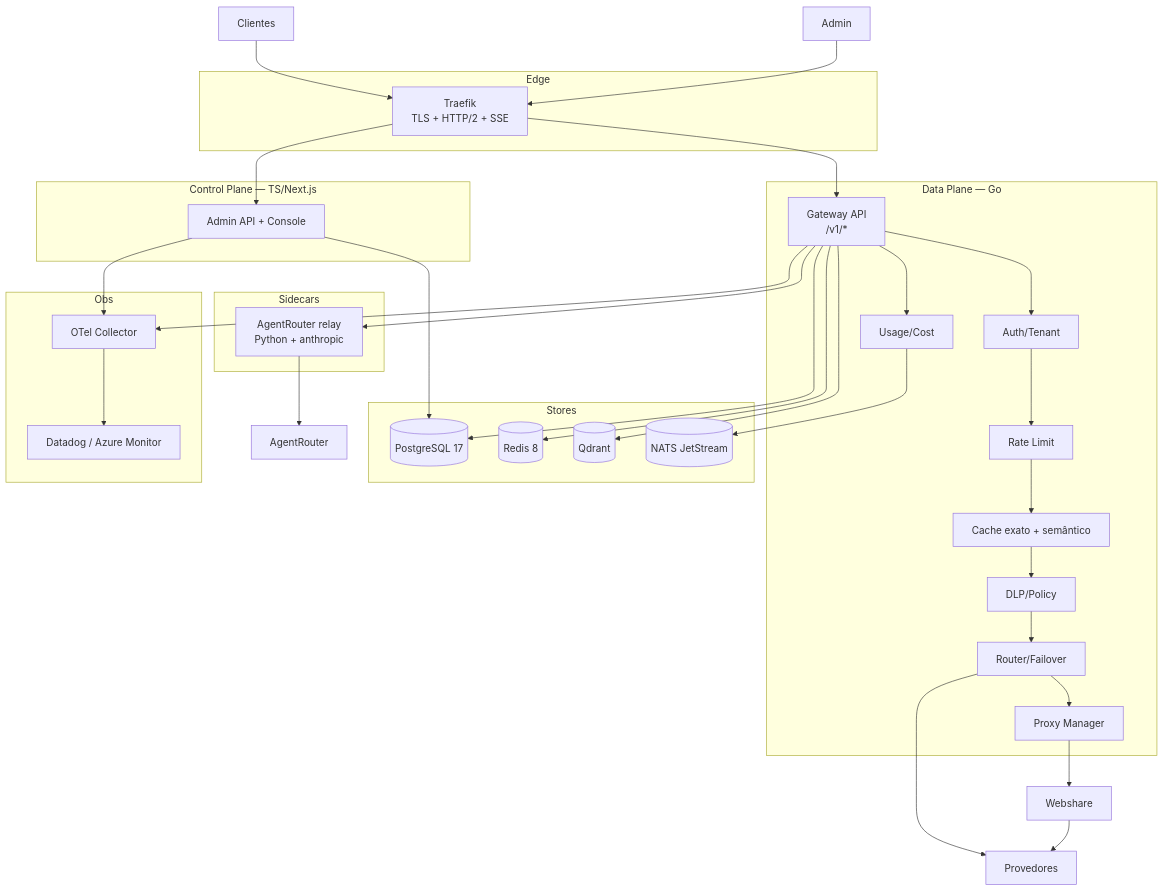
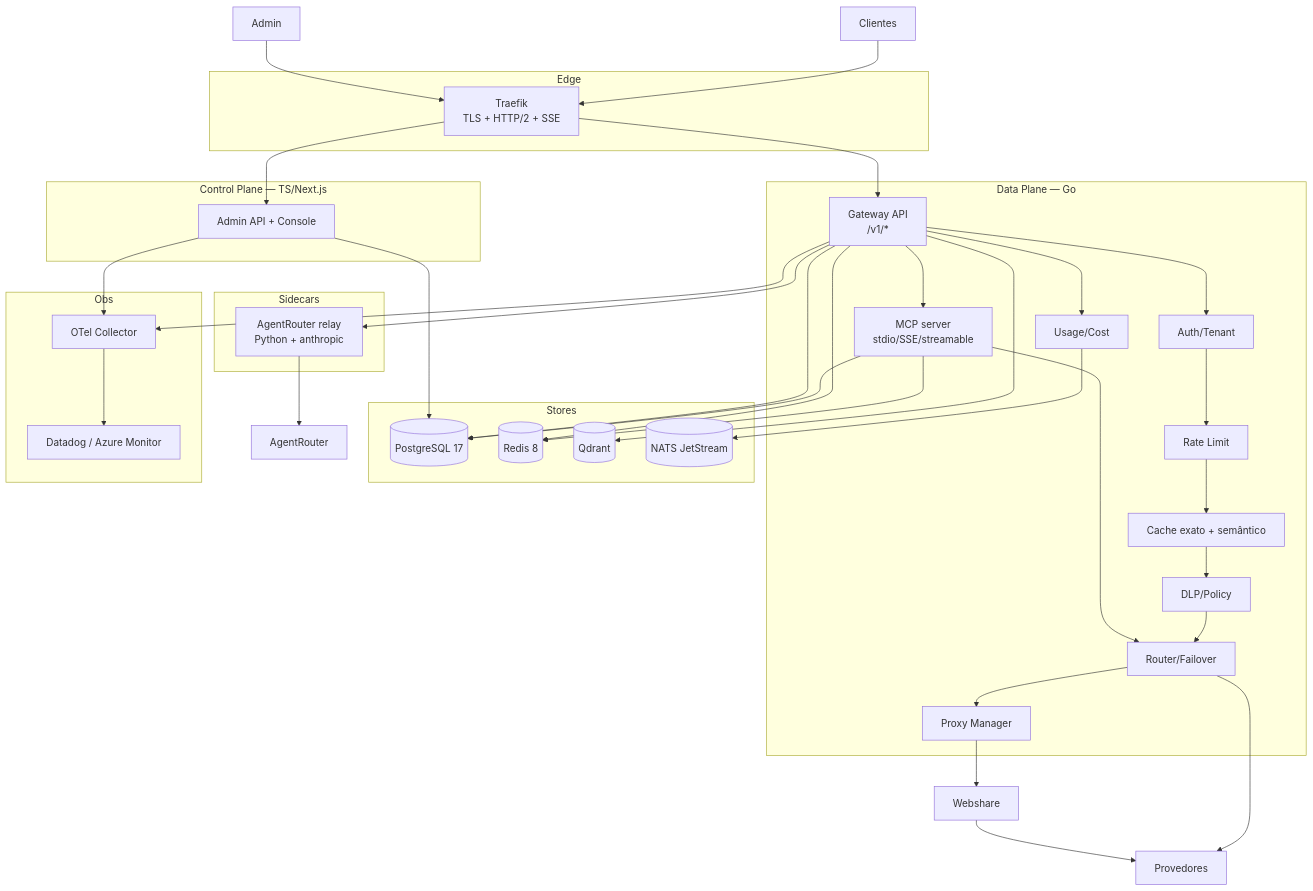
One commit to alltomatos/dontstop changed the second of 5 diagrams in docs/architecture/ADD.md. Above: the diagram before and after it, drawn with Mermaid. The commit also changed other lines of this file and 38 other files, not shown here.

````diff
--- a/docs/architecture/ADD.md
+++ b/docs/architecture/ADD.md
@@ -57,43 +57,47 @@
 ```mermaid
 flowchart TB
     subgraph Edge
         T[Traefik<br/>TLS + HTTP/2 + SSE]
     end
     subgraph DataPlane[Data Plane — Go]
         GW[Gateway API<br/>/v1/*]
         AUTH[Auth/Tenant]
         RL[Rate Limit]
         CACHE[Cache exato + semântico]
         DLP[DLP/Policy]
         ROUTER[Router/Failover]
         PROXY[Proxy Manager]
         USAGE[Usage/Cost]
+        MCP[MCP server<br/>stdio/SSE/streamable]
     end
     subgraph ControlPlane[Control Plane — TS/Next.js]
         ADM[Admin API + Console]
     end
     subgraph Stores
         PG[(PostgreSQL 17)]
         RD[(Redis 8)]
         QD[(Qdrant)]
         NAT[(NATS JetStream)]
     end
     subgraph Obs
         OT[OTel Collector]
         DD[Datadog / Azure Monitor]
     end
     subgraph Sidecars
         RELAY[AgentRouter relay<br/>Python + anthropic]
     end
 
     U[Clientes] --> T --> GW
     A[Admin] --> T --> ADM
     GW --> AUTH --> RL --> CACHE --> DLP --> ROUTER --> PROXY
+    GW --> MCP
+    MCP --> ROUTER
+    MCP --> PG & RD
     ROUTER --> P[Provedores]
     PROXY --> W[Webshare] --> P
     GW --> RELAY --> AR[AgentRouter]
     GW --> USAGE --> NAT
     GW --> PG & RD & QD
     ADM --> PG
     GW & ADM --> OT --> DD
 ```
````
